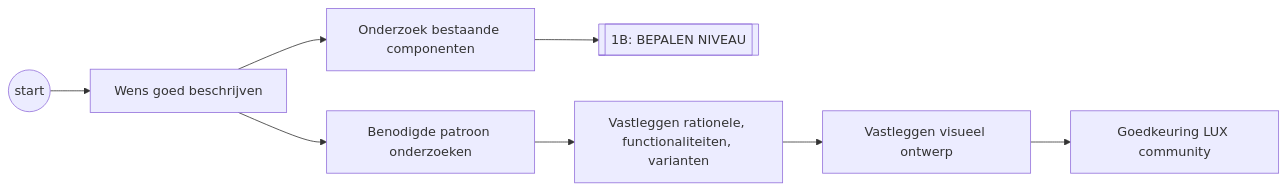
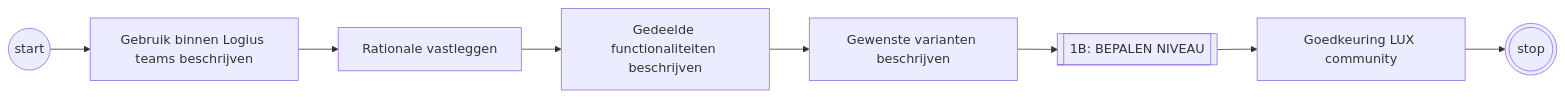
Before and after one commit to nl-design-system/lux: the fourth of 8 diagrams in PROCESSES.md, drawn with Mermaid. The commit also changed other lines of this file, not shown here.

Commit message:
End of day - tweaks to the flows

````diff
--- a/PROCESSES.md
+++ b/PROCESSES.md
@@ -108,12 +98,12 @@
 ```mermaid
 flowchart LR
 
 A@{shape: circle, label: "start"}
-A-->B[Wens goed beschrijven]
-B-->C2[Onderzoek bestaande componenten]
-C2-->D2@{shape: fr-rect, label: "1B: BEPALEN NIVEAU"}
-B-->C[Benodigde patroon onderzoeken]
-C-->D[Vastleggen rationele, functionaliteiten, varianten]
-D-->E[Vastleggen visueel ontwerp]
-E-->F[Goedkeuring LUX community]
+A-->B[Gebruik binnen Logius teams beschrijven]
+B-->C[Rationale vastleggen]
+C-->D[Gedeelde functionaliteiten beschrijven]
+D-->E[Gewenste varianten beschrijven]
+E-->F@{shape: fr-rect, label: "1B: BEPALEN NIVEAU"}
+F-->G[Goedkeuring LUX community]
+G-->Z@{shape: double-circle, label: "stop"}
 ```
````
